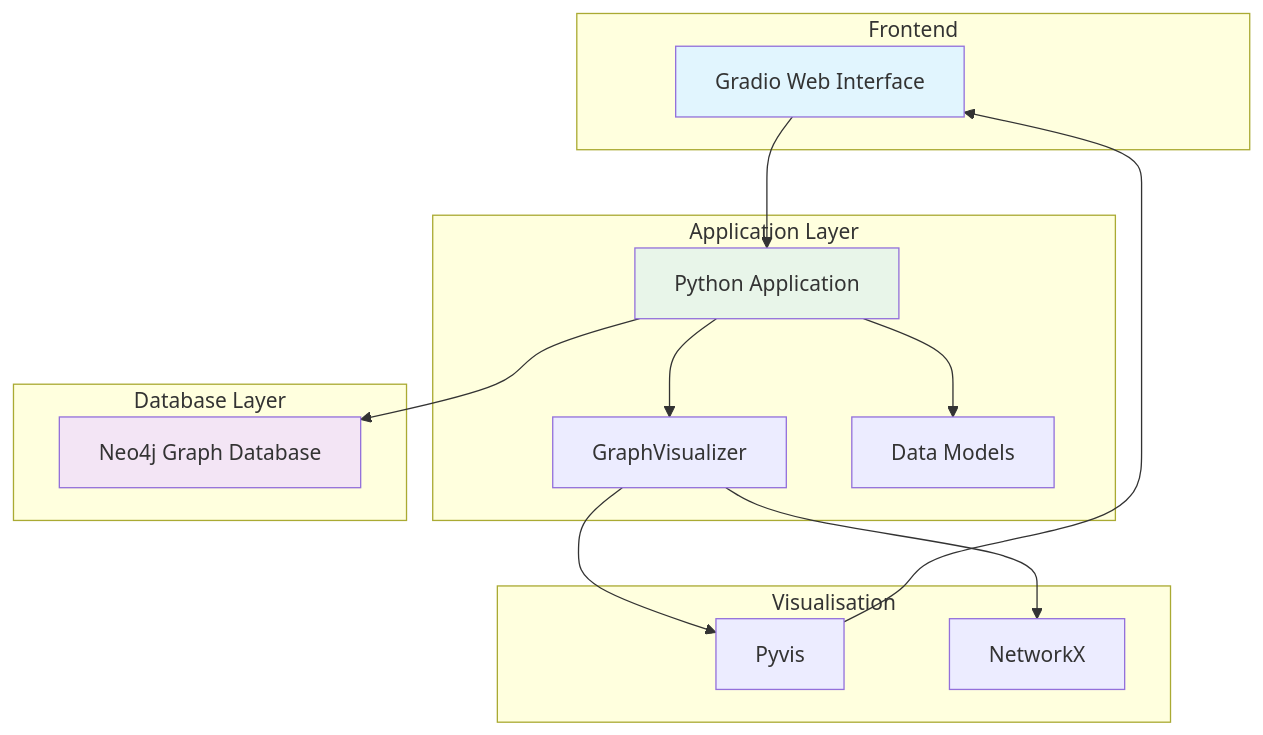
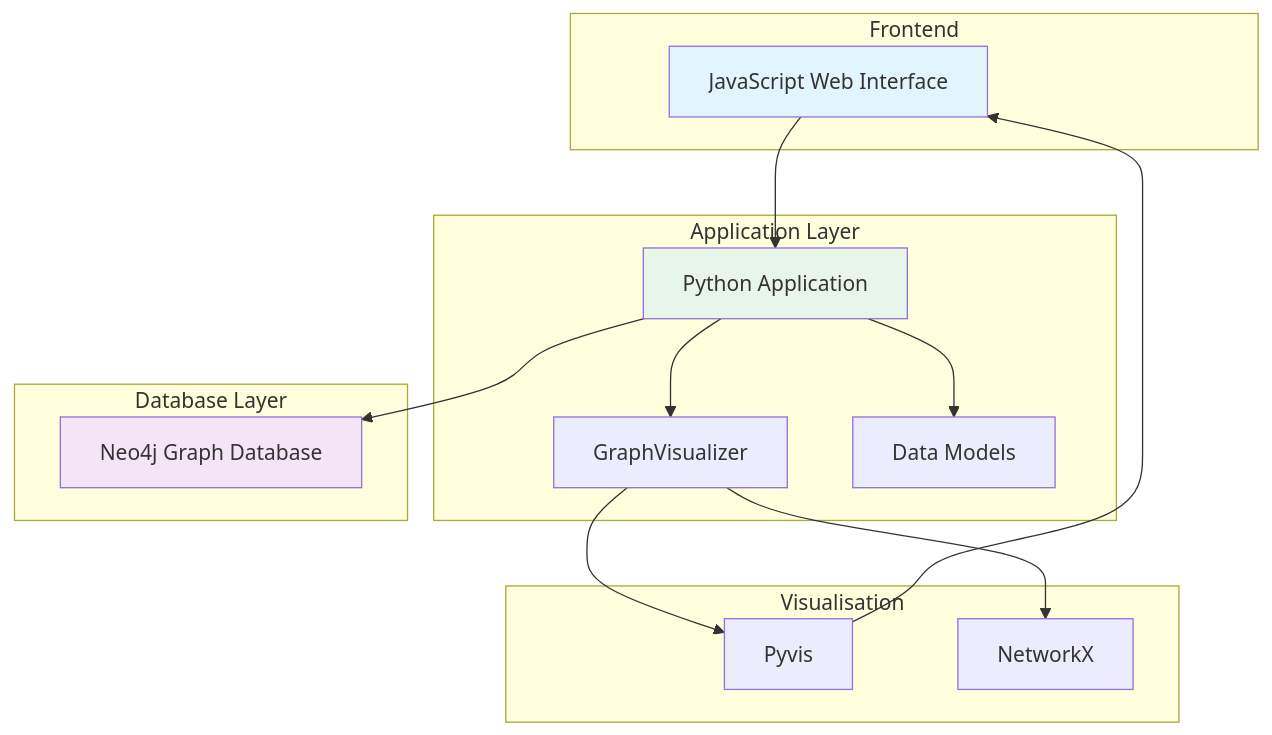
Before and after one commit to AL-Kaisi/MedGraph: the third of 6 diagrams in README.md, drawn with Mermaid. The commit also changed other lines of this file and 31 other files, not shown here.

````diff
--- a/README.md
+++ b/README.md
@@ -117,33 +147,33 @@
 ```mermaid
 graph TB
     subgraph "Frontend"
-        A[Gradio Web Interface]
+        A[JavaScript Web Interface]
     end
 
     subgraph "Application Layer"
         B[Python Application]
         C[GraphVisualizer]
         D[Data Models]
     end
 
     subgraph "Database Layer"
         E[Neo4j Graph Database]
     end
 
     subgraph "Visualisation"
         F[Pyvis]
         G[NetworkX]
     end
 
     A --> B
     B --> C
     B --> D
     B --> E
     C --> F
     C --> G
     F --> A
 
     style A fill:#e1f5fe
     style E fill:#f3e5f5
     style B fill:#e8f5e9
 ```
````
